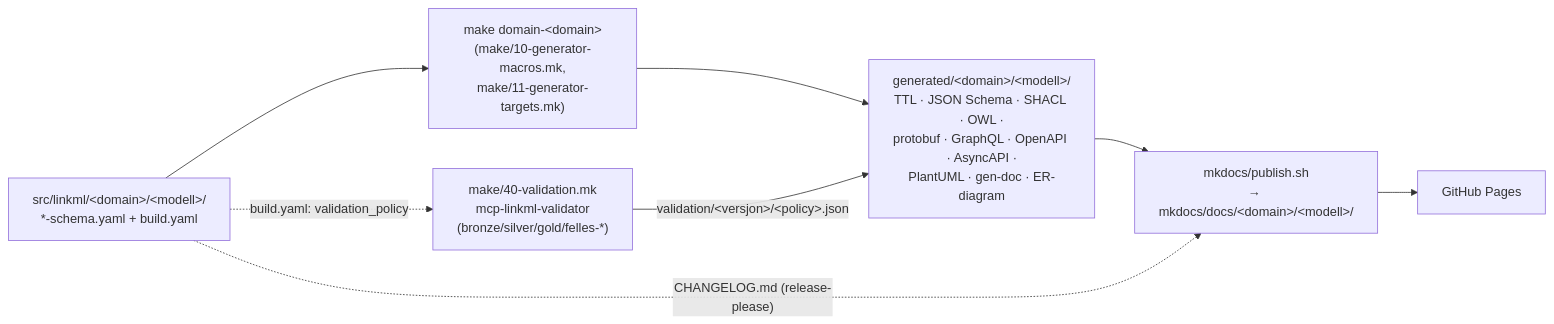
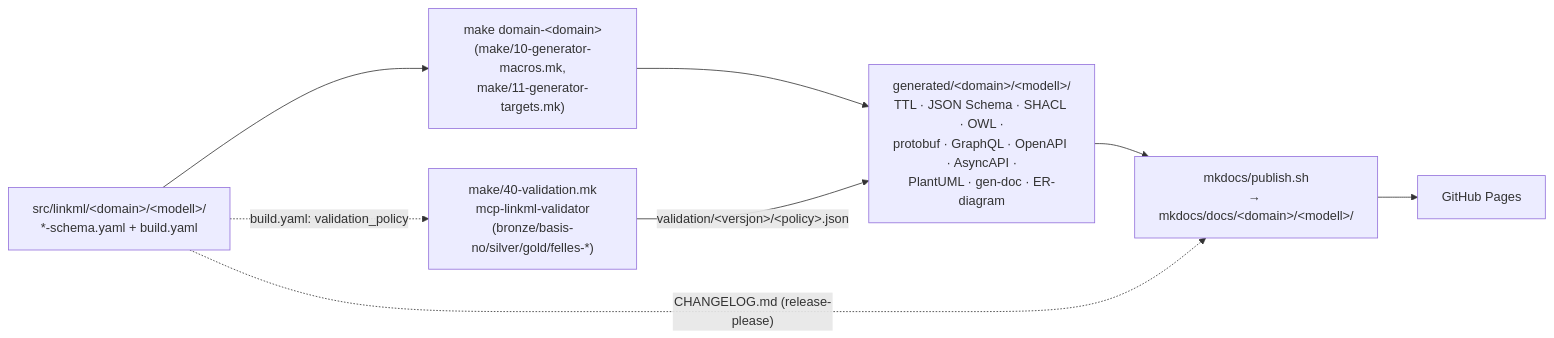
Before and after one commit to AudunAutomat/linkml-datamodellering-no: the diagram in mkdocs/docs/automasjon/artefakt-generering.md, drawn with Mermaid. The commit also changed 49 other files, not shown here.

````diff
--- a/mkdocs/docs/automasjon/artefakt-generering.md
+++ b/mkdocs/docs/automasjon/artefakt-generering.md
@@ -20,15 +20,15 @@
 ```mermaid
 flowchart LR
     SRC["src/linkml/&lt;domain&gt;/&lt;modell&gt;/<br/>*-schema.yaml + build.yaml"]
     GEN["make domain-&lt;domain&gt;<br/>(make/10-generator-macros.mk,<br/>make/11-generator-targets.mk)"]
     ARTEFAKT["generated/&lt;domain&gt;/&lt;modell&gt;/<br/>TTL · JSON Schema · SHACL · OWL ·<br/>protobuf · GraphQL · OpenAPI · AsyncAPI ·<br/>PlantUML · gen-doc · ER-diagram"]
-    VALID["make/40-validation.mk<br/>mcp-linkml-validator<br/>(bronze/silver/gold/felles-*)"]
+    VALID["make/40-validation.mk<br/>mcp-linkml-validator<br/>(bronze/basis-no/silver/gold/felles-*)"]
     PORTAL["mkdocs/publish.sh<br/>→ mkdocs/docs/&lt;domain&gt;/&lt;modell&gt;/"]
     PAGES["GitHub Pages"]
 
     SRC --> GEN --> ARTEFAKT
     SRC -.->|"build.yaml: validation_policy"| VALID
     VALID -->|"validation/&lt;versjon&gt;/&lt;policy&gt;.json"| ARTEFAKT
     ARTEFAKT --> PORTAL --> PAGES
     SRC -.->|"CHANGELOG.md (release-please)"| PORTAL
 ```
````
